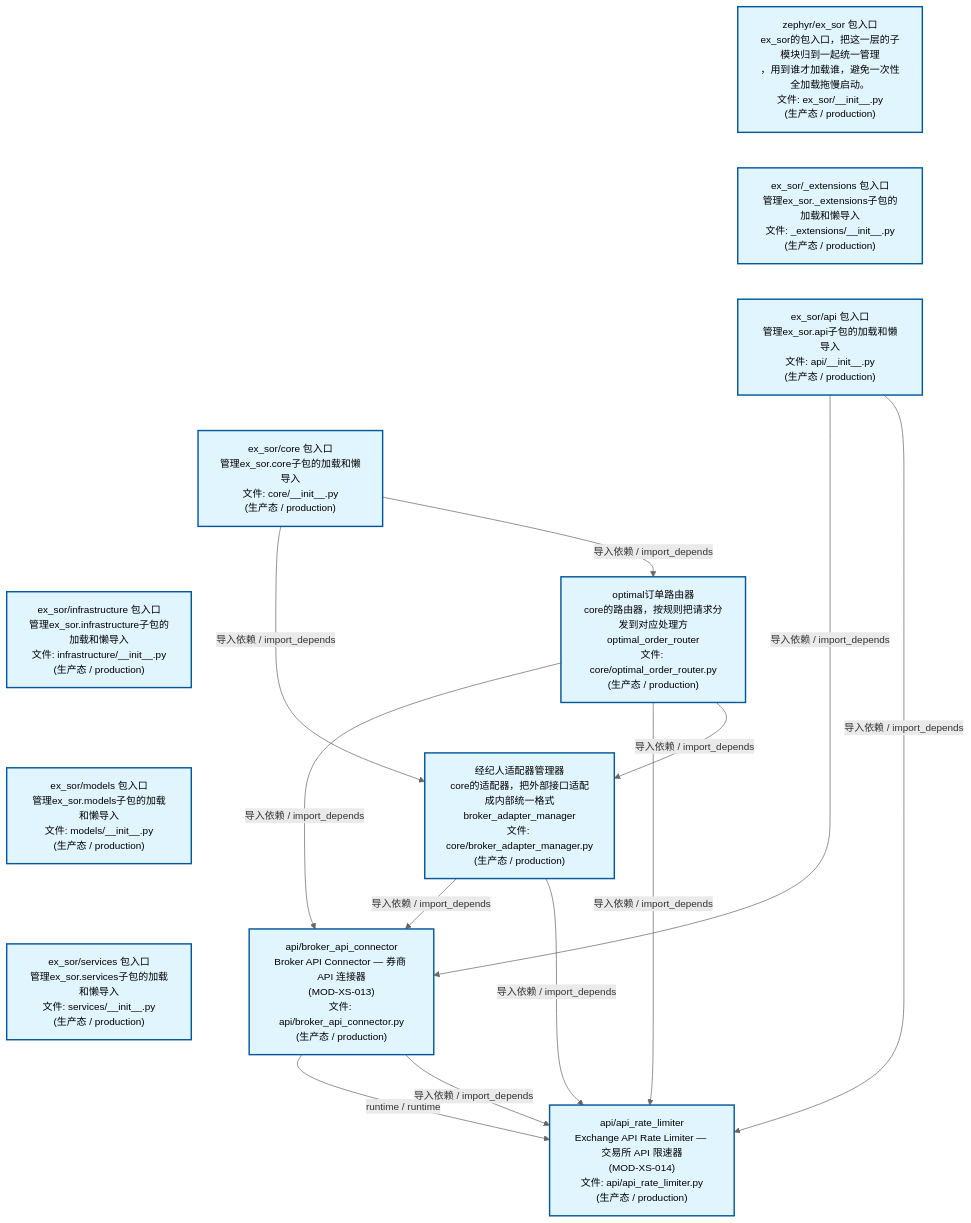
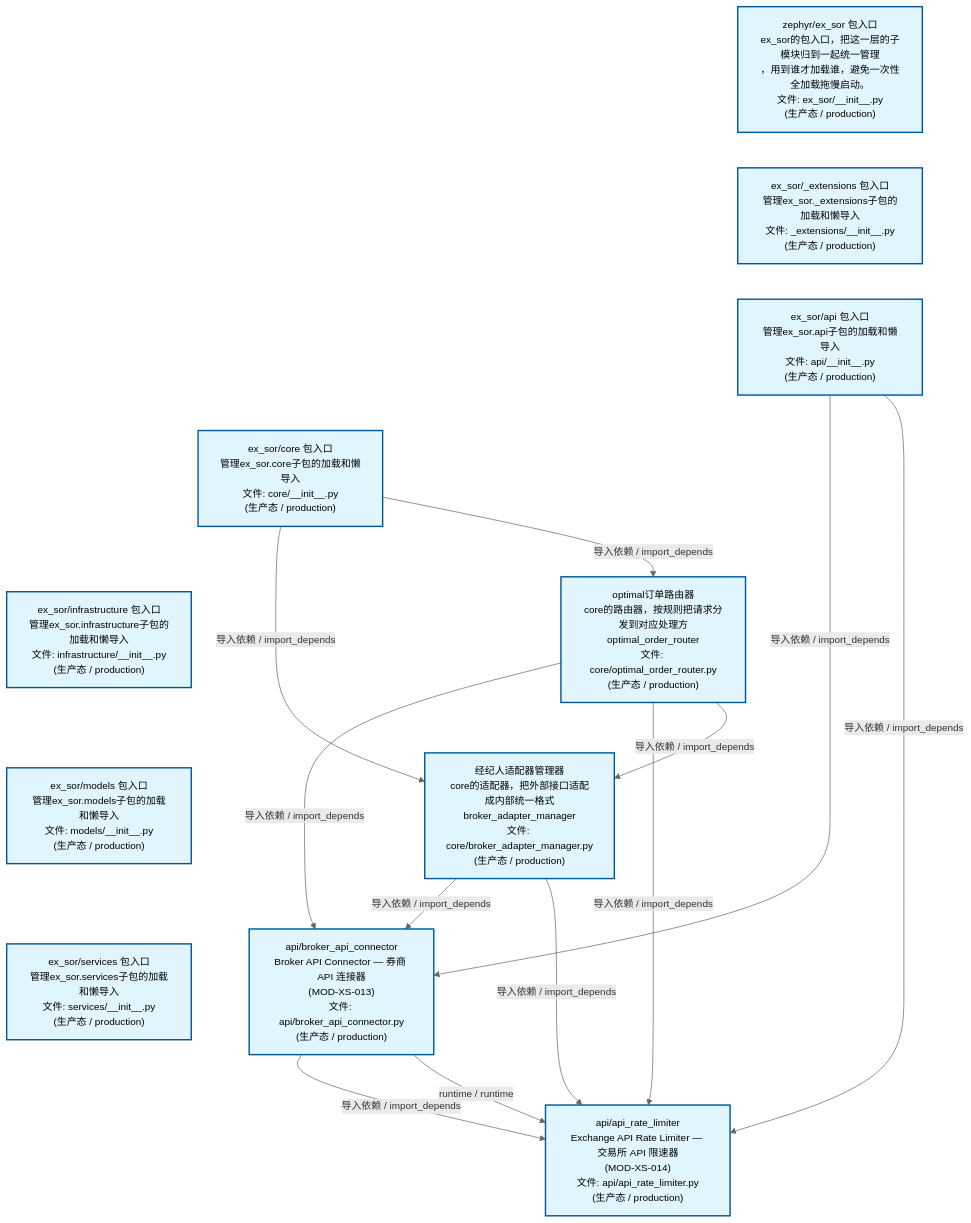
One commit to xuanFelixVan/ZephyrAlpha changed the second of 4 diagrams in docs/02_enterprise_architecture/02_domain_architecture_docs/45_d_ex_sor.md. Above: the diagram before and after it, drawn with Mermaid. The commit also changed other lines of this file and 37 other files, not shown here.

````diff
--- a/docs/02_enterprise_architecture/02_domain_architecture_docs/45_d_ex_sor.md
+++ b/docs/02_enterprise_architecture/02_domain_architecture_docs/45_d_ex_sor.md
@@ -132,37 +132,37 @@
 ```mermaid
 %%{init: {'theme': 'base', 'themeVariables': {'primaryColor': '#eaeaea', 'primaryTextColor': '#333333', 'primaryBorderColor': '#666666', 'lineColor': '#666666', 'secondaryColor': '#eaeaea', 'tertiaryColor': '#eaeaea', 'fontSize': '14px'}}}%%
 flowchart TD
     src_zephyr_ex_sor_init_py["zephyr/ex_sor 包入口<br/>ex_sor的包入口，把这一层的子模块归到一起统一管理<br/>，用到谁才加载谁，避免一次性全加载拖慢启动。<br/>文件: ex_sor/__init__.py<br/>(生产态 / production)"]
     src_zephyr_ex_sor_extensions_init_py["ex_sor/_extensions 包入口<br/>管理ex_sor._extensions子包的加载和懒导入<br/>文件: _extensions/__init__.py<br/>(生产态 / production)"]
     src_zephyr_ex_sor_api_init_py["ex_sor/api 包入口<br/>管理ex_sor.api子包的加载和懒导入<br/>文件: api/__init__.py<br/>(生产态 / production)"]
     src_zephyr_ex_sor_core_init_py["ex_sor/core 包入口<br/>管理ex_sor.core子包的加载和懒导入<br/>文件: core/__init__.py<br/>(生产态 / production)"]
     src_zephyr_ex_sor_infrastructure_init_py["ex_sor/infrastructure 包入口<br/>管理ex_sor.infrastructure子包的加载和懒导入<br/>文件: infrastructure/__init__.py<br/>(生产态 / production)"]
     src_zephyr_ex_sor_models_init_py["ex_sor/models 包入口<br/>管理ex_sor.models子包的加载和懒导入<br/>文件: models/__init__.py<br/>(生产态 / production)"]
     src_zephyr_ex_sor_services_init_py["ex_sor/services 包入口<br/>管理ex_sor.services子包的加载和懒导入<br/>文件: services/__init__.py<br/>(生产态 / production)"]
     src_zephyr_ex_sor_init_py ~~~ src_zephyr_ex_sor_extensions_init_py
     src_zephyr_ex_sor_extensions_init_py ~~~ src_zephyr_ex_sor_api_init_py
     src_zephyr_ex_sor_api_init_py ~~~ src_zephyr_ex_sor_core_init_py
     src_zephyr_ex_sor_core_init_py ~~~ src_zephyr_ex_sor_infrastructure_init_py
     src_zephyr_ex_sor_infrastructure_init_py ~~~ src_zephyr_ex_sor_models_init_py
     src_zephyr_ex_sor_models_init_py ~~~ src_zephyr_ex_sor_services_init_py
     src_zephyr_ex_sor_core_optimal_order_router_py["optimal订单路由器<br/>core的路由器，按规则把请求分发到对应处理方<br/>optimal_order_router<br/>文件: core/optimal_order_router.py<br/>(生产态 / production)"]
     src_zephyr_ex_sor_core_broker_adapter_manager_py["经纪人适配器管理器<br/>core的适配器，把外部接口适配成内部统一格式<br/>broker_adapter_manager<br/>文件: core/broker_adapter_manager.py<br/>(生产态 / production)"]
     src_zephyr_ex_sor_api_broker_api_connector_py["api/broker_api_connector<br/>Broker API Connector — 券商 API 连接器<br/>(MOD-XS-013)<br/>文件: api/broker_api_connector.py<br/>(生产态 / production)"]
     src_zephyr_ex_sor_api_api_rate_limiter_py["api/api_rate_limiter<br/>Exchange API Rate Limiter — 交易所 API 限速器<br/>(MOD-XS-014)<br/>文件: api/api_rate_limiter.py<br/>(生产态 / production)"]
+    src_zephyr_ex_sor_api_broker_api_connector_py -->|导入依赖 / import_depends| src_zephyr_ex_sor_api_api_rate_limiter_py
     src_zephyr_ex_sor_api_broker_api_connector_py -->|runtime / runtime| src_zephyr_ex_sor_api_api_rate_limiter_py
-    src_zephyr_ex_sor_api_broker_api_connector_py -->|导入依赖 / import_depends| src_zephyr_ex_sor_api_api_rate_limiter_py
+    src_zephyr_ex_sor_api_init_py -->|导入依赖 / import_depends| src_zephyr_ex_sor_api_broker_api_connector_py
+    src_zephyr_ex_sor_api_init_py -->|导入依赖 / import_depends| src_zephyr_ex_sor_api_api_rate_limiter_py
     src_zephyr_ex_sor_core_broker_adapter_manager_py -->|导入依赖 / import_depends| src_zephyr_ex_sor_api_broker_api_connector_py
     src_zephyr_ex_sor_core_broker_adapter_manager_py -->|导入依赖 / import_depends| src_zephyr_ex_sor_api_api_rate_limiter_py
-    src_zephyr_ex_sor_api_init_py -->|导入依赖 / import_depends| src_zephyr_ex_sor_api_broker_api_connector_py
-    src_zephyr_ex_sor_api_init_py -->|导入依赖 / import_depends| src_zephyr_ex_sor_api_api_rate_limiter_py
     src_zephyr_ex_sor_core_optimal_order_router_py -->|导入依赖 / import_depends| src_zephyr_ex_sor_api_broker_api_connector_py
     src_zephyr_ex_sor_core_optimal_order_router_py -->|导入依赖 / import_depends| src_zephyr_ex_sor_api_api_rate_limiter_py
     src_zephyr_ex_sor_core_optimal_order_router_py -->|导入依赖 / import_depends| src_zephyr_ex_sor_core_broker_adapter_manager_py
     src_zephyr_ex_sor_core_init_py -->|导入依赖 / import_depends| src_zephyr_ex_sor_core_broker_adapter_manager_py
     src_zephyr_ex_sor_core_init_py -->|导入依赖 / import_depends| src_zephyr_ex_sor_core_optimal_order_router_py
     classDef production fill:#e1f5fe,stroke:#01579b,stroke-width:2px,color:#000
     classDef design fill:#fff3e0,stroke:#e65100,stroke-width:2px,color:#000,stroke-dasharray: 5 5
     classDef external_prod fill:#e8f4fd,stroke:#0277bd,stroke-width:1px,color:#000
     classDef external_design fill:#fff8e7,stroke:#ef6c00,stroke-width:1px,color:#000,stroke-dasharray: 5 5
     class src_zephyr_ex_sor_init_py,src_zephyr_ex_sor_extensions_init_py,src_zephyr_ex_sor_api_init_py,src_zephyr_ex_sor_api_api_rate_limiter_py,src_zephyr_ex_sor_api_broker_api_connector_py,src_zephyr_ex_sor_core_init_py,src_zephyr_ex_sor_core_broker_adapter_manager_py,src_zephyr_ex_sor_core_optimal_order_router_py,src_zephyr_ex_sor_infrastructure_init_py,src_zephyr_ex_sor_models_init_py,src_zephyr_ex_sor_services_init_py production
 ```
````
